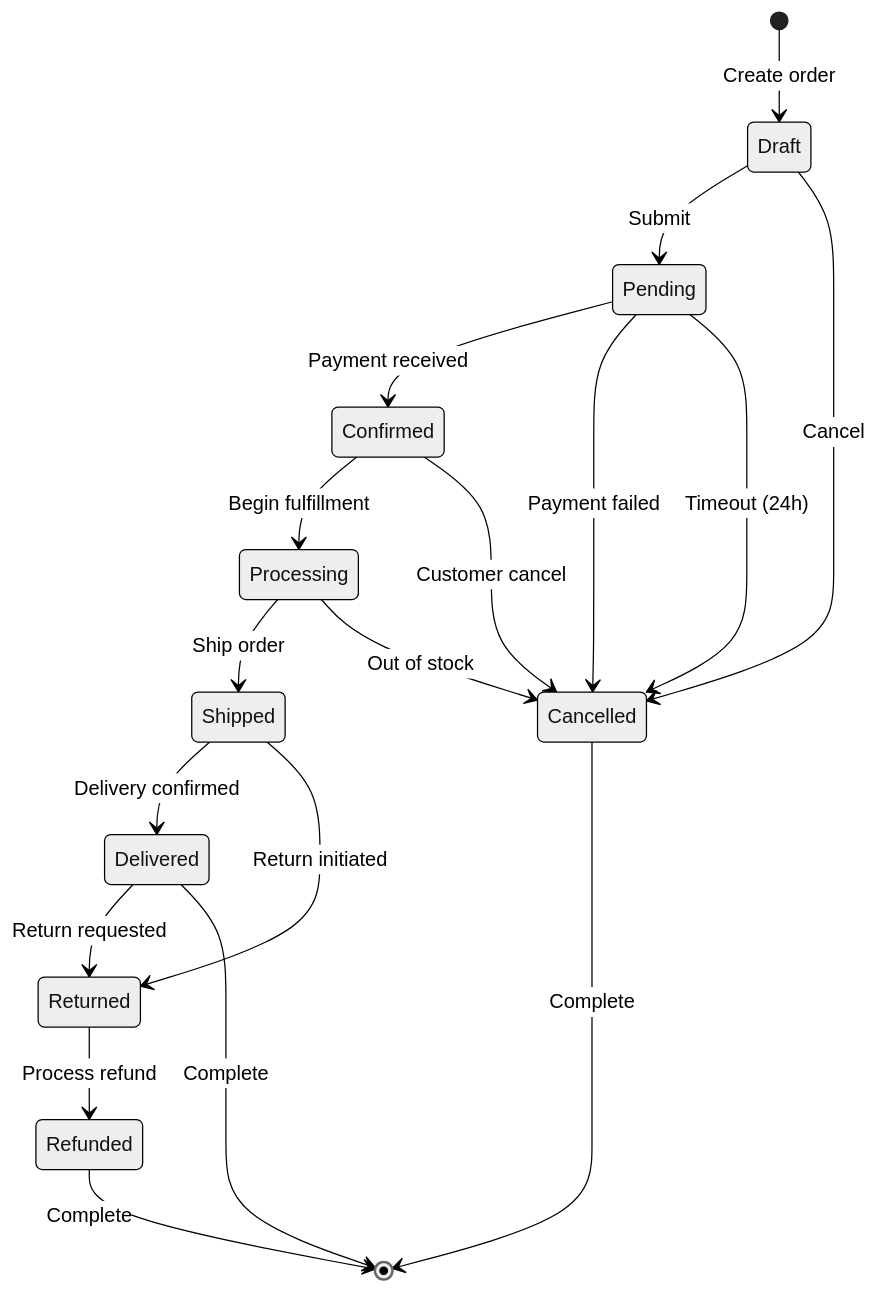
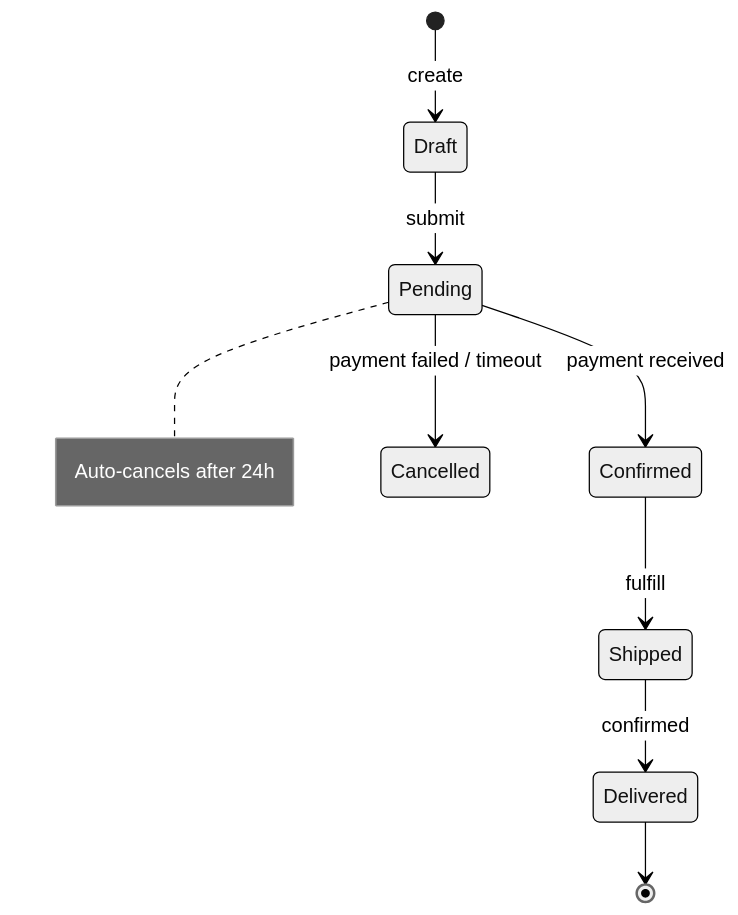
One commit to cosmix/loom changed the seventh of 8 diagrams in skills/loom-diagramming/SKILL.md. Above: the diagram before and after it, drawn with Mermaid (neutral theme). The commit also changed other lines of this file and 23 other files, not shown here.

````diff
--- a/skills/loom-diagramming/SKILL.md
+++ b/skills/loom-diagramming/SKILL.md
@@ -462,28 +195,13 @@
 ```mermaid
 stateDiagram-v2
-    [*] --> Draft: Create order
-
-    Draft --> Pending: Submit
-    Draft --> Cancelled: Cancel
-
-    Pending --> Confirmed: Payment received
-    Pending --> Cancelled: Payment failed
-    Pending --> Cancelled: Timeout (24h)
-
-    Confirmed --> Processing: Begin fulfillment
-    Confirmed --> Cancelled: Customer cancel
-
-    Processing --> Shipped: Ship order
-    Processing --> Cancelled: Out of stock
-
-    Shipped --> Delivered: Delivery confirmed
-    Shipped --> Returned: Return initiated
-
-    Delivered --> Returned: Return requested
-    Delivered --> [*]: Complete
-
-    Returned --> Refunded: Process refund
-    Refunded --> [*]: Complete
-
-    Cancelled --> [*]: Complete
+    [*] --> Draft: create
+    Draft --> Pending: submit
+    Pending --> Confirmed: payment received
+    Pending --> Cancelled: payment failed / timeout
+    Confirmed --> Shipped: fulfill
+    Shipped --> Delivered: confirmed
+    Delivered --> [*]
+    note right of Pending
+        Auto-cancels after 24h
+    end note
 ```
````
